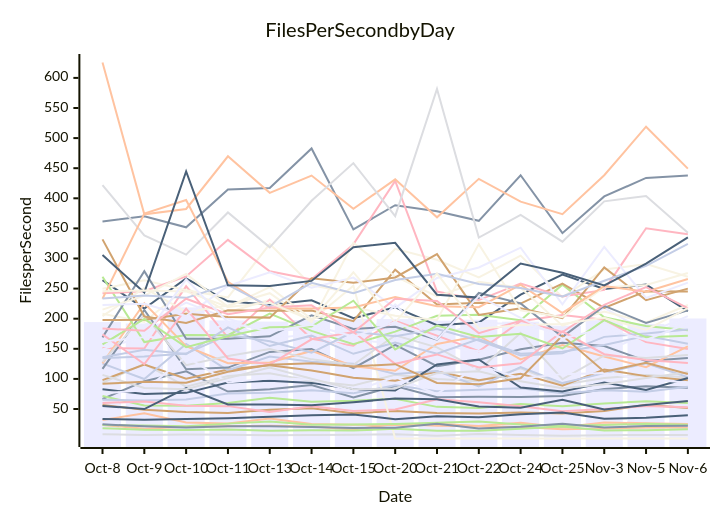
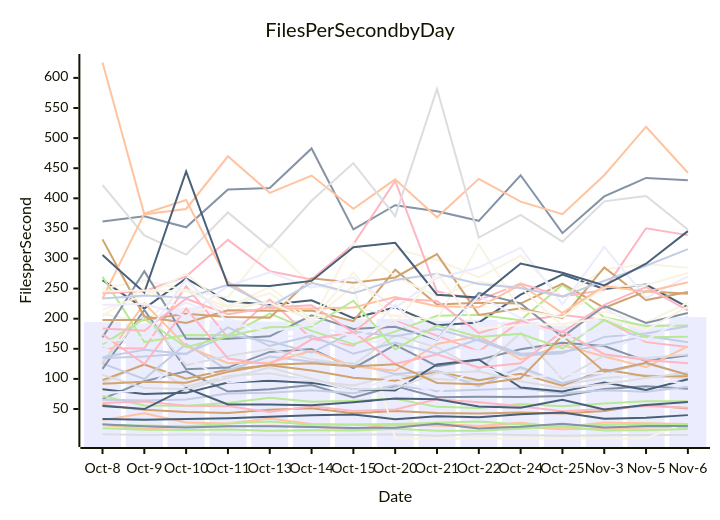
One commit to streetsidesoftware/cspell changed the diagram in perf-report.md. Above: the diagram before and after it, drawn with Mermaid. The commit also changed other lines of this file and 2 other files, not shown here.

````diff
--- a/perf-report.md
+++ b/perf-report.md
@@ -11,57 +11,57 @@
 ```mermaid
 xychart-beta
     title Files Per Second by Day
     y-axis Files per Second
     x-axis Date [Oct-8, Oct-9, Oct-10, Oct-11, Oct-13, Oct-14, Oct-15, Oct-20, Oct-21, Oct-22, Oct-24, Oct-25, Nov-3, Nov-5, Nov-6]
-    bar [194.39, 192.05, 218.83, 197.10, 195.24, 197.65, 199.65, 199.37, 196.79, 198.31, 195.08, 188.50, 197.53, 191.30, 200.36]
-    line [66.65, 96.25, 112.51, 78.91, 82.77, 89.92, 69.05, 88.06, 69.61, 70.25, 69.88, 71.42, 83.10, 87.87, 85.11]
-    line [23.58, 17.31, 20.37, 21.44, 22.38, 20.97, 16.04, 25.16, 22.03, 21.51, 20.05, 16.33, 17.58, 19.22, 19.18]
-    line [8.18, 6.76, 7.44, 7.30, 6.32, 6.65, 7.26, 7.96, 5.55, 8.36, 6.66, 5.63, 6.55, 6.95, 6.80]
-    line [71.61, 56.00, 55.29, 59.99, 68.80, 62.02, 63.75, 67.15, 53.54, 51.87, 58.31, 54.40, 59.05, 63.00, 59.92]
-    line [56.81, 48.66, 45.19, 43.33, 48.66, 51.39, 43.09, 46.53, 43.54, 42.59, 43.99, 42.66, 46.86, 57.12, 51.76]
-    line [65.37, 64.09, 65.74, 75.83, 77.12, 81.28, 76.22, 89.41, 79.60, 82.04, 84.51, 76.34, 81.22, 78.86, 86.83]
-    line [59.94, 62.62, 55.56, 54.77, 45.21, 54.60, 46.67, 49.27, 66.25, 61.14, 54.40, 46.46, 50.11, 54.79, 52.81]
-    line [264.14, 216.71, 266.75, 228.80, 223.08, 230.72, 200.81, 218.77, 189.13, 193.68, 239.98, 273.35, 249.43, 256.58, 212.53]
-    line [208.25, 194.51, 251.63, 210.60, 231.31, 197.08, 254.89, 1.00, 1.00, 1.00, 1.00, 1.00, 1.00, 1.00, 1.00]
-    line [174.97, 189.16, 226.87, 200.18, 179.39, 183.41, 164.40, 159.49, 171.10, 192.78, 191.37, 174.29, 217.96, 178.42, 192.13]
-    line [361.47, 370.09, 351.86, 414.54, 417.07, 482.80, 348.28, 388.55, 378.31, 362.57, 438.35, 342.13, 403.12, 433.88, 437.75]
-    line [31.76, 42.94, 27.61, 25.97, 34.21, 25.09, 23.71, 23.43, 25.33, 21.92, 27.33, 19.75, 27.62, 26.37, 24.95]
-    line [93.63, 125.18, 87.00, 104.77, 109.42, 96.45, 89.22, 106.77, 99.95, 95.97, 117.43, 90.38, 101.68, 106.46, 102.56]
-    line [18.14, 15.49, 15.23, 15.94, 13.89, 14.53, 14.11, 17.05, 13.85, 14.03, 17.10, 21.05, 14.31, 14.75, 16.40]
-    line [97.90, 123.96, 100.36, 115.55, 122.73, 114.09, 102.09, 96.85, 112.31, 97.68, 108.35, 88.82, 115.43, 104.61, 97.86]
-    line [125.48, 99.76, 158.05, 114.31, 137.32, 128.51, 125.12, 108.27, 113.06, 87.44, 119.66, 93.04, 109.58, 126.12, 102.90]
-    line [151.43, 150.43, 254.02, 168.57, 231.71, 166.56, 155.07, 196.36, 171.90, 145.85, 195.93, 206.22, 198.17, 161.08, 149.50]
-    line [55.18, 49.90, 84.72, 57.64, 57.38, 56.41, 61.33, 67.41, 66.13, 54.31, 52.03, 65.25, 49.02, 56.78, 63.41]
-    line [249.77, 263.65, 247.10, 235.41, 323.97, 255.64, 242.67, 316.16, 297.94, 268.60, 304.78, 235.63, 281.78, 290.77, 269.63]
-    line [149.45, 170.98, 162.38, 193.61, 167.04, 174.22, 149.10, 223.58, 156.27, 146.04, 158.31, 152.20, 144.51, 175.00, 204.17]
-    line [116.53, 214.42, 116.00, 118.77, 144.83, 149.59, 117.74, 156.35, 121.08, 131.79, 149.18, 160.21, 154.52, 129.77, 134.88]
-    line [125.79, 225.70, 154.24, 126.07, 127.29, 146.49, 121.12, 113.50, 158.05, 171.36, 132.38, 156.15, 137.28, 119.47, 153.87]
-    line [127.97, 206.50, 122.84, 138.06, 149.67, 132.46, 123.48, 172.40, 152.34, 114.90, 176.25, 99.39, 139.03, 134.52, 139.82]
-    line [269.72, 161.18, 172.81, 172.65, 208.47, 179.72, 157.56, 178.54, 204.92, 206.57, 197.43, 256.60, 202.25, 187.81, 180.72]
-    line [331.74, 203.63, 192.81, 213.97, 213.28, 213.47, 195.94, 281.48, 223.48, 226.53, 225.12, 258.41, 217.89, 245.63, 245.33]
-    line [136.07, 148.26, 141.19, 185.69, 154.55, 171.82, 141.67, 160.22, 141.81, 166.38, 141.94, 145.19, 156.42, 171.45, 158.22]
-    line [242.23, 245.65, 270.12, 330.98, 278.79, 265.30, 323.42, 429.01, 245.01, 230.93, 258.25, 236.94, 247.84, 350.22, 340.31]
-    line [82.95, 74.90, 76.80, 94.05, 96.82, 93.39, 82.69, 80.94, 123.93, 132.34, 85.53, 79.17, 93.87, 81.75, 101.49]
-    line [204.22, 251.15, 211.26, 222.05, 242.35, 194.13, 326.19, 270.15, 236.87, 261.40, 251.33, 188.47, 211.71, 193.66, 222.71]
-    line [75.86, 81.29, 136.91, 94.03, 101.02, 99.02, 79.59, 103.01, 74.73, 123.30, 100.60, 107.93, 109.66, 99.65, 93.75]
-    line [168.97, 278.92, 166.54, 166.53, 170.79, 205.75, 183.07, 186.73, 165.39, 242.72, 225.43, 169.80, 221.29, 193.06, 213.82]
-    line [625.58, 373.38, 382.28, 469.75, 409.07, 437.77, 382.49, 431.43, 368.45, 432.30, 394.44, 373.62, 438.31, 518.91, 449.34]
-    line [422.03, 338.21, 306.48, 376.46, 318.53, 395.99, 458.46, 370.45, 581.53, 334.74, 372.46, 327.93, 394.96, 403.82, 342.83]
-    line [23.35, 22.45, 21.51, 25.71, 29.42, 23.92, 24.25, 24.95, 26.96, 29.32, 24.14, 22.37, 23.30, 25.53, 23.99]
-    line [197.76, 198.13, 208.30, 202.68, 201.79, 267.21, 259.65, 268.53, 307.28, 206.33, 217.49, 201.10, 285.18, 230.89, 250.01]
-    line [134.65, 137.28, 142.04, 172.94, 162.65, 143.57, 178.30, 170.91, 182.97, 163.77, 138.75, 142.39, 169.82, 175.50, 181.90]
-    line [173.95, 124.58, 216.72, 133.97, 123.87, 165.74, 177.89, 125.02, 140.68, 119.01, 125.81, 178.69, 141.07, 131.24, 126.43]
-    line [33.57, 32.29, 33.27, 34.79, 37.33, 39.68, 40.77, 33.11, 37.81, 36.24, 41.43, 44.03, 33.69, 35.67, 39.46]
-    line [215.08, 238.25, 274.47, 219.66, 252.51, 199.34, 218.85, 204.99, 197.92, 323.88, 213.93, 202.52, 252.23, 256.11, 275.86]
-    line [222.78, 224.66, 204.36, 254.42, 277.26, 251.58, 268.24, 217.93, 267.67, 285.04, 317.95, 223.78, 319.42, 234.42, 259.89]
-    line [24.57, 21.27, 19.07, 21.50, 21.24, 19.97, 18.63, 18.81, 25.32, 17.74, 20.58, 25.51, 19.46, 21.60, 22.07]
-    line [233.16, 374.71, 397.16, 261.34, 217.24, 217.08, 218.73, 236.08, 220.88, 219.16, 256.62, 209.53, 254.06, 244.83, 265.88]
-    line [106.68, 84.76, 82.82, 101.29, 118.90, 100.19, 82.72, 84.05, 109.59, 112.56, 95.92, 84.60, 91.01, 101.64, 111.11]
-    line [157.39, 199.58, 152.82, 170.97, 185.75, 186.96, 229.89, 148.98, 188.53, 169.56, 175.04, 150.51, 197.71, 169.15, 171.81]
-    line [91.76, 95.32, 93.61, 112.00, 123.43, 125.94, 120.60, 124.47, 93.34, 91.16, 101.08, 171.93, 111.86, 126.91, 108.19]
-    line [233.40, 238.56, 234.64, 256.33, 219.99, 259.48, 242.38, 264.24, 274.64, 257.62, 251.09, 236.85, 262.94, 287.92, 324.47]
-    line [183.70, 179.89, 233.14, 207.50, 218.41, 222.25, 177.43, 233.06, 229.37, 176.10, 196.37, 177.90, 223.12, 252.36, 217.50]
-    line [305.64, 243.36, 444.70, 255.37, 254.42, 262.77, 318.79, 326.00, 239.93, 235.04, 291.68, 276.40, 255.29, 291.36, 334.98]
-    line [245.51, 246.82, 245.36, 219.50, 226.50, 197.43, 277.21, 193.99, 275.35, 183.43, 189.64, 191.38, 201.59, 181.36, 217.45]
-    line [162.12, 169.35, 265.31, 194.05, 178.95, 189.91, 170.29, 194.31, 165.66, 237.49, 201.27, 167.00, 183.56, 164.82, 192.04]
+    bar [194.39, 192.05, 218.83, 197.10, 195.24, 197.65, 199.65, 199.37, 196.79, 198.31, 195.08, 188.50, 197.53, 191.30, 202.86]
+    line [66.65, 96.25, 112.51, 78.91, 82.77, 89.92, 69.05, 88.06, 69.61, 70.25, 69.88, 71.42, 83.10, 87.87, 83.44]
+    line [23.58, 17.31, 20.37, 21.44, 22.38, 20.97, 16.04, 25.16, 22.03, 21.51, 20.05, 16.33, 17.58, 19.22, 20.03]
+    line [8.18, 6.76, 7.44, 7.30, 6.32, 6.65, 7.26, 7.96, 5.55, 8.36, 6.66, 5.63, 6.55, 6.95, 6.86]
+    line [71.61, 56.00, 55.29, 59.99, 68.80, 62.02, 63.75, 67.15, 53.54, 51.87, 58.31, 54.40, 59.05, 63.00, 62.96]
+    line [56.81, 48.66, 45.19, 43.33, 48.66, 51.39, 43.09, 46.53, 43.54, 42.59, 43.99, 42.66, 46.86, 57.12, 50.91]
+    line [65.37, 64.09, 65.74, 75.83, 77.12, 81.28, 76.22, 89.41, 79.60, 82.04, 84.51, 76.34, 81.22, 78.86, 87.10]
+    line [59.94, 62.62, 55.56, 54.77, 45.21, 54.60, 46.67, 49.27, 66.25, 61.14, 54.40, 46.46, 50.11, 54.79, 52.14]
+    line [264.14, 216.71, 266.75, 228.80, 223.08, 230.72, 200.81, 218.77, 189.13, 193.68, 239.98, 273.35, 249.43, 256.58, 218.78]
+    line [208.25, 194.51, 251.63, 210.60, 231.31, 197.08, 254.89, 1.00, 1.00, 1.00, 1.00, 1.00, 1.00, 1.00, 28.15]
+    line [174.97, 189.16, 226.87, 200.18, 179.39, 183.41, 164.40, 159.49, 171.10, 192.78, 191.37, 174.29, 217.96, 178.42, 200.93]
+    line [361.47, 370.09, 351.86, 414.54, 417.07, 482.80, 348.28, 388.55, 378.31, 362.57, 438.35, 342.13, 403.12, 433.88, 429.92]
+    line [31.76, 42.94, 27.61, 25.97, 34.21, 25.09, 23.71, 23.43, 25.33, 21.92, 27.33, 19.75, 27.62, 26.37, 24.93]
+    line [93.63, 125.18, 87.00, 104.77, 109.42, 96.45, 89.22, 106.77, 99.95, 95.97, 117.43, 90.38, 101.68, 106.46, 100.86]
+    line [18.14, 15.49, 15.23, 15.94, 13.89, 14.53, 14.11, 17.05, 13.85, 14.03, 17.10, 21.05, 14.31, 14.75, 16.96]
+    line [97.90, 123.96, 100.36, 115.55, 122.73, 114.09, 102.09, 96.85, 112.31, 97.68, 108.35, 88.82, 115.43, 104.61, 104.26]
+    line [125.48, 99.76, 158.05, 114.31, 137.32, 128.51, 125.12, 108.27, 113.06, 87.44, 119.66, 93.04, 109.58, 126.12, 106.88]
+    line [151.43, 150.43, 254.02, 168.57, 231.71, 166.56, 155.07, 196.36, 171.90, 145.85, 195.93, 206.22, 198.17, 161.08, 153.13]
+    line [55.18, 49.90, 84.72, 57.64, 57.38, 56.41, 61.33, 67.41, 66.13, 54.31, 52.03, 65.25, 49.02, 56.78, 61.77]
+    line [249.77, 263.65, 247.10, 235.41, 323.97, 255.64, 242.67, 316.16, 297.94, 268.60, 304.78, 235.63, 281.78, 290.77, 284.75]
+    line [149.45, 170.98, 162.38, 193.61, 167.04, 174.22, 149.10, 223.58, 156.27, 146.04, 158.31, 152.20, 144.51, 175.00, 203.83]
+    line [116.53, 214.42, 116.00, 118.77, 144.83, 149.59, 117.74, 156.35, 121.08, 131.79, 149.18, 160.21, 154.52, 129.77, 139.45]
+    line [125.79, 225.70, 154.24, 126.07, 127.29, 146.49, 121.12, 113.50, 158.05, 171.36, 132.38, 156.15, 137.28, 119.47, 154.01]
+    line [127.97, 206.50, 122.84, 138.06, 149.67, 132.46, 123.48, 172.40, 152.34, 114.90, 176.25, 99.39, 139.03, 134.52, 140.73]
+    line [269.72, 161.18, 172.81, 172.65, 208.47, 179.72, 157.56, 178.54, 204.92, 206.57, 197.43, 256.60, 202.25, 187.81, 188.63]
+    line [331.74, 203.63, 192.81, 213.97, 213.28, 213.47, 195.94, 281.48, 223.48, 226.53, 225.12, 258.41, 217.89, 245.63, 241.33]
+    line [136.07, 148.26, 141.19, 185.69, 154.55, 171.82, 141.67, 160.22, 141.81, 166.38, 141.94, 145.19, 156.42, 171.45, 160.90]
+    line [242.23, 245.65, 270.12, 330.98, 278.79, 265.30, 323.42, 429.01, 245.01, 230.93, 258.25, 236.94, 247.84, 350.22, 338.85]
+    line [82.95, 74.90, 76.80, 94.05, 96.82, 93.39, 82.69, 80.94, 123.93, 132.34, 85.53, 79.17, 93.87, 81.75, 99.37]
+    line [204.22, 251.15, 211.26, 222.05, 242.35, 194.13, 326.19, 270.15, 236.87, 261.40, 251.33, 188.47, 211.71, 193.66, 226.20]
+    line [75.86, 81.29, 136.91, 94.03, 101.02, 99.02, 79.59, 103.01, 74.73, 123.30, 100.60, 107.93, 109.66, 99.65, 92.26]
+    line [168.97, 278.92, 166.54, 166.53, 170.79, 205.75, 183.07, 186.73, 165.39, 242.72, 225.43, 169.80, 221.29, 193.06, 209.38]
+    line [625.58, 373.38, 382.28, 469.75, 409.07, 437.77, 382.49, 431.43, 368.45, 432.30, 394.44, 373.62, 438.31, 518.91, 442.46]
+    line [422.03, 338.21, 306.48, 376.46, 318.53, 395.99, 458.46, 370.45, 581.53, 334.74, 372.46, 327.93, 394.96, 403.82, 348.17]
+    line [23.35, 22.45, 21.51, 25.71, 29.42, 23.92, 24.25, 24.95, 26.96, 29.32, 24.14, 22.37, 23.30, 25.53, 24.17]
+    line [197.76, 198.13, 208.30, 202.68, 201.79, 267.21, 259.65, 268.53, 307.28, 206.33, 217.49, 201.10, 285.18, 230.89, 244.22]
+    line [134.65, 137.28, 142.04, 172.94, 162.65, 143.57, 178.30, 170.91, 182.97, 163.77, 138.75, 142.39, 169.82, 175.50, 187.51]
+    line [173.95, 124.58, 216.72, 133.97, 123.87, 165.74, 177.89, 125.02, 140.68, 119.01, 125.81, 178.69, 141.07, 131.24, 126.04]
+    line [33.57, 32.29, 33.27, 34.79, 37.33, 39.68, 40.77, 33.11, 37.81, 36.24, 41.43, 44.03, 33.69, 35.67, 39.83]
+    line [215.08, 238.25, 274.47, 219.66, 252.51, 199.34, 218.85, 204.99, 197.92, 323.88, 213.93, 202.52, 252.23, 256.11, 275.88]
+    line [222.78, 224.66, 204.36, 254.42, 277.26, 251.58, 268.24, 217.93, 267.67, 285.04, 317.95, 223.78, 319.42, 234.42, 270.31]
+    line [24.57, 21.27, 19.07, 21.50, 21.24, 19.97, 18.63, 18.81, 25.32, 17.74, 20.58, 25.51, 19.46, 21.60, 21.82]
+    line [233.16, 374.71, 397.16, 261.34, 217.24, 217.08, 218.73, 236.08, 220.88, 219.16, 256.62, 209.53, 254.06, 244.83, 260.43]
+    line [106.68, 84.76, 82.82, 101.29, 118.90, 100.19, 82.72, 84.05, 109.59, 112.56, 95.92, 84.60, 91.01, 101.64, 110.67]
+    line [157.39, 199.58, 152.82, 170.97, 185.75, 186.96, 229.89, 148.98, 188.53, 169.56, 175.04, 150.51, 197.71, 169.15, 169.91]
+    line [91.76, 95.32, 93.61, 112.00, 123.43, 125.94, 120.60, 124.47, 93.34, 91.16, 101.08, 171.93, 111.86, 126.91, 106.59]
+    line [233.40, 238.56, 234.64, 256.33, 219.99, 259.48, 242.38, 264.24, 274.64, 257.62, 251.09, 236.85, 262.94, 287.92, 315.55]
+    line [183.70, 179.89, 233.14, 207.50, 218.41, 222.25, 177.43, 233.06, 229.37, 176.10, 196.37, 177.90, 223.12, 252.36, 213.65]
+    line [305.64, 243.36, 444.70, 255.37, 254.42, 262.77, 318.79, 326.00, 239.93, 235.04, 291.68, 276.40, 255.29, 291.36, 345.44]
+    line [245.51, 246.82, 245.36, 219.50, 226.50, 197.43, 277.21, 193.99, 275.35, 183.43, 189.64, 191.38, 201.59, 181.36, 220.08]
+    line [162.12, 169.35, 265.31, 194.05, 178.95, 189.91, 170.29, 194.31, 165.66, 237.49, 201.27, 167.00, 183.56, 164.82, 202.88]
 ```
````
